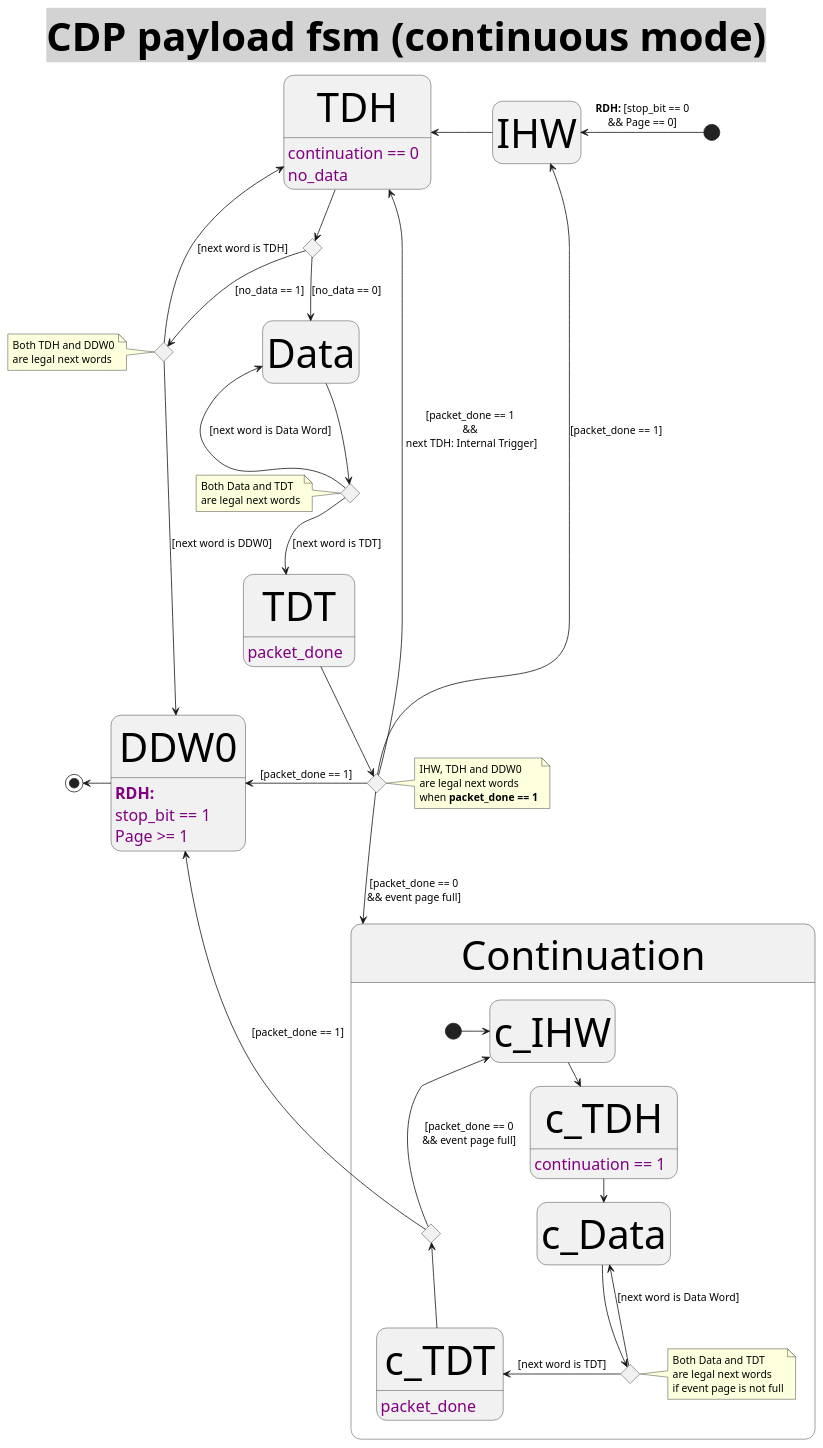
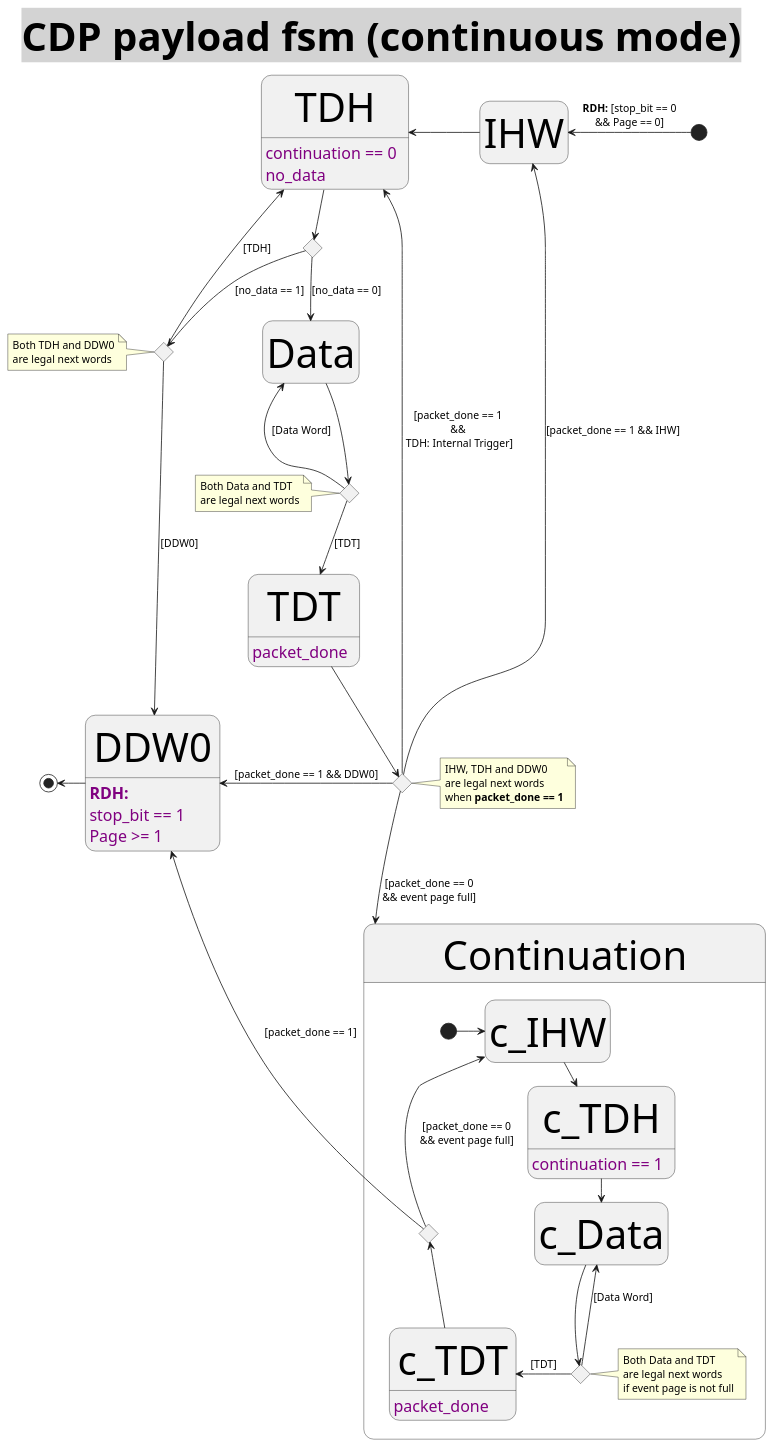
The diagram in doc/cdp_payload_fsm.puml (CramBL/fastPASTA), drawn with PlantUML before and after one commit.

Commit message:
WIP small corrections to state diagram

```diff
--- a/doc/cdp_payload_fsm.puml
+++ b/doc/cdp_payload_fsm.puml
@@ -1,102 +1,102 @@
 @startuml CDP_payload_StateMachine (continuous mode)
 <style>
 title {
   HorizontalAlignment right
   FontSize 50
   BackGroundColor lightgrey
   Margin 1
   Padding 0
 }
 
 header {
   HorizontalAlignment center
   FontSize 20
   FontColor purple
 }
 
 footer {
   HorizontalAlignment left
   FontSize 28
   FontColor red
 }
 
 legend {
   FontSize 30
   BackGroundColor yellow
   Margin 30
   Padding 50
 }
 
 caption {
   FontSize 32
 }
 </style>
 Title **CDP payload fsm** (continuous mode)
 hide empty description
 
 state after_TDH <<choice>>
 state after_TDH_no_data <<choice>>
 state after_TDT <<choice>>
 state after_Data <<choice>>
 
 
 [*] -left-> IHW : **RDH:** [stop_bit == 0\n&& Page == 0]
 
 IHW -left-> TDH
 
 TDH -down-> after_TDH
 TDH: continuation == 0
 TDH: no_data
 
 after_TDH --> Data : [no_data == 0]
 after_TDH --> after_TDH_no_data : [no_data == 1]
 
 note left of after_TDH_no_data : Both TDH and DDW0\nare legal next words
 
-after_TDH_no_data -left-> TDH : [next word is TDH]
-after_TDH_no_data --> DDW0 : [next word is DDW0]
+after_TDH_no_data -left-> TDH : [TDH]
+after_TDH_no_data --> DDW0 : [DDW0]
 
 
 Data --> after_Data
 
 note left of after_Data : Both Data and TDT\nare legal next words
 
-after_Data -left-> Data : [next word is Data Word]
-after_Data --> TDT : [next word is TDT]
+after_Data -left-> Data : [Data Word]
+after_Data --> TDT : [TDT]
 TDT: packet_done
 
 TDT --> after_TDT
-after_TDT -up-> TDH : [packet_done == 1\n&&\n next TDH: Internal Trigger]
+after_TDT -up-> TDH : [packet_done == 1\n&&\n TDH: Internal Trigger]
 after_TDT --> Continuation : [packet_done == 0\n&& event page full]
-after_TDT -left-> DDW0 : [packet_done == 1]
-after_TDT -left-> IHW : [packet_done == 1]
+after_TDT -left-> DDW0 : [packet_done == 1 && DDW0]
+after_TDT -left-> IHW : [packet_done == 1 && IHW]
 note right of after_TDT : IHW, TDH and DDW0\nare legal next words\nwhen **packet_done == 1**
 
 
 state Continuation {
   state after_c_Data <<choice>>
   state after_c_TDT <<choice>>
     [*] -right-> c_IHW
     c_IHW -right-> c_TDH : [stop_bit == 0\n&& Page >= 1]
     c_TDH: continuation == 1
     c_TDH -right-> c_Data
     c_Data --> after_c_Data
 
-    after_c_Data -up-> c_Data : [next word is Data Word]
-    after_c_Data -left-> c_TDT : [next word is TDT]
+    after_c_Data -up-> c_Data : [Data Word]
+    after_c_Data -left-> c_TDT : [TDT]
 
     c_TDT: packet_done
     c_TDT -up-> after_c_TDT
 
     after_c_TDT -up-> c_IHW : [packet_done == 0\n&& event page full]
     after_c_TDT -left-> DDW0 : [packet_done == 1]
 
     note right of after_c_Data : Both Data and TDT\nare legal next words\nif event page is not full
 }
 
 
 
 DDW0 -left-> [*]
 DDW0: **RDH:**\nstop_bit == 1\nPage >= 1
 
 @enduml
```
